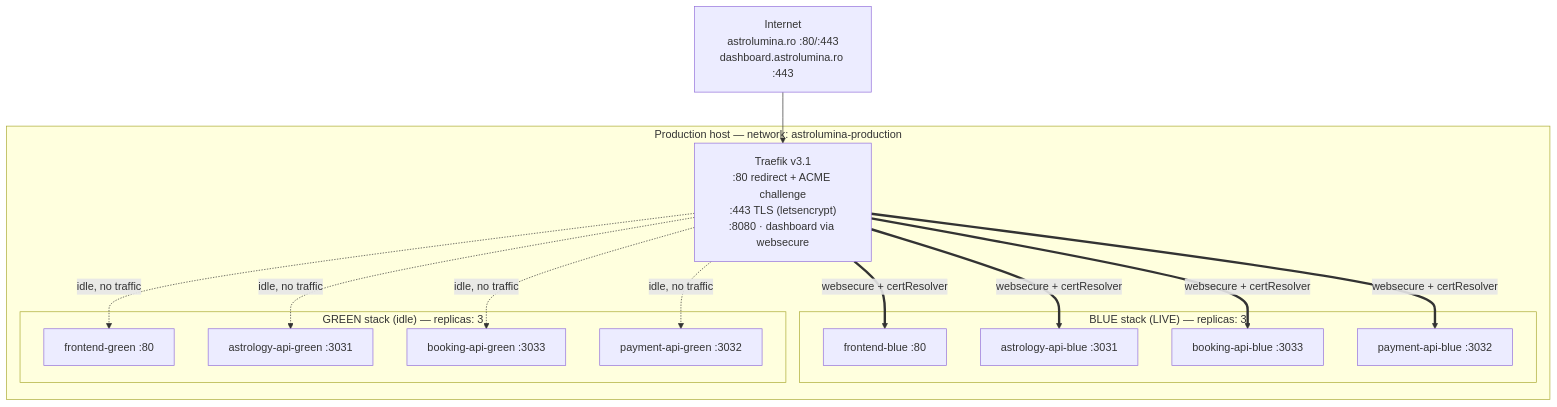
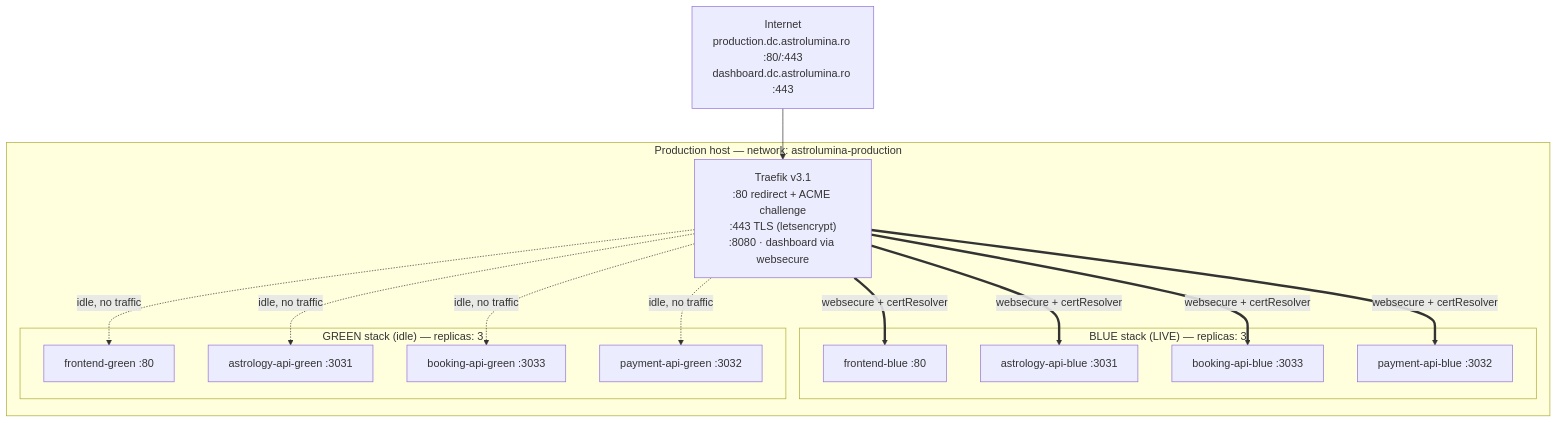
Before and after one commit to AstroLumina-by-Carmen-Ilie/AstroLumina-DockerCompose: the fourth of 8 diagrams in README.md, drawn with Mermaid. The commit also changed other lines of this file and 6 other files, not shown here.

````diff
--- a/README.md
+++ b/README.md
@@ -145,26 +145,26 @@
 ```mermaid
 flowchart TB
-    NET["Internet<br/>astrolumina.ro :80/:443<br/>dashboard.astrolumina.ro :443"]
+    NET["Internet<br/>production.dc.astrolumina.ro :80/:443<br/>dashboard.dc.astrolumina.ro :443"]
 
     subgraph HOST["Production host — network: astrolumina-production"]
         TR["Traefik v3.1<br/>:80 redirect + ACME challenge<br/>:443 TLS (letsencrypt)<br/>:8080 · dashboard via websecure"]
 
         subgraph BLUE["BLUE stack (LIVE) — replicas: 3"]
             FB["frontend-blue :80"]
             AB["astrology-api-blue :3031"]
             BB["booking-api-blue :3033"]
             PB["payment-api-blue :3032"]
         end
 
         subgraph GREEN["GREEN stack (idle) — replicas: 3"]
             FG["frontend-green :80"]
             AG["astrology-api-green :3031"]
             BG["booking-api-green :3033"]
             PG["payment-api-green :3032"]
         end
     end
 
     NET --> TR
     TR ==>|"websecure + certResolver"| FB & AB & BB & PB
     TR -.->|"idle, no traffic"| FG & AG & BG & PG
 ```
````
